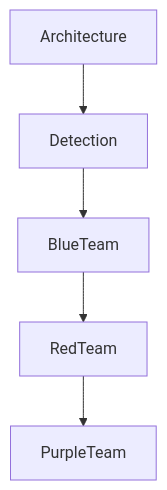
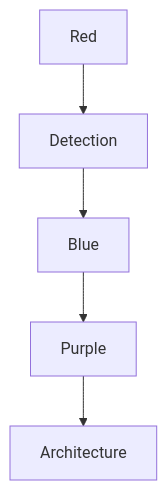
The fifth of 5 diagrams in architecture-blueprints/enterprise_zero_trust_reference.md (seanwhs/Cybersecurity-Knowldege-Base), drawn with Mermaid before and after one commit. The commit also changed other lines of this file, not shown here.

````diff
--- a/architecture-blueprints/enterprise_zero_trust_reference.md
+++ b/architecture-blueprints/enterprise_zero_trust_reference.md
@@ -335,4 +238,7 @@
 ```mermaid
 graph TD
-    Architecture --> Detection --> BlueTeam --> RedTeam --> PurpleTeam
+    Red --> Detection
+    Detection --> Blue
+    Blue --> Purple
+    Purple --> Architecture
 ```
````
